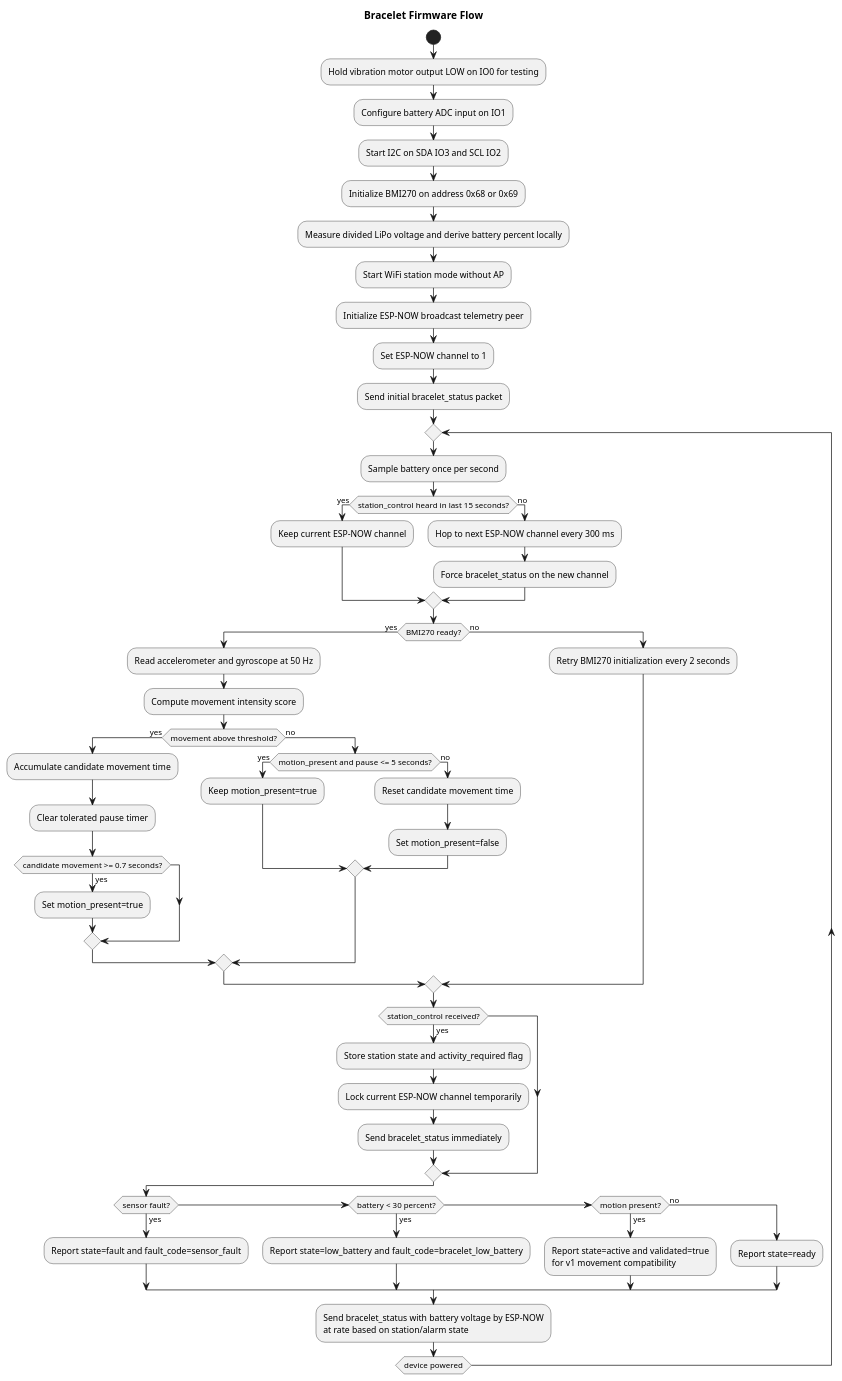
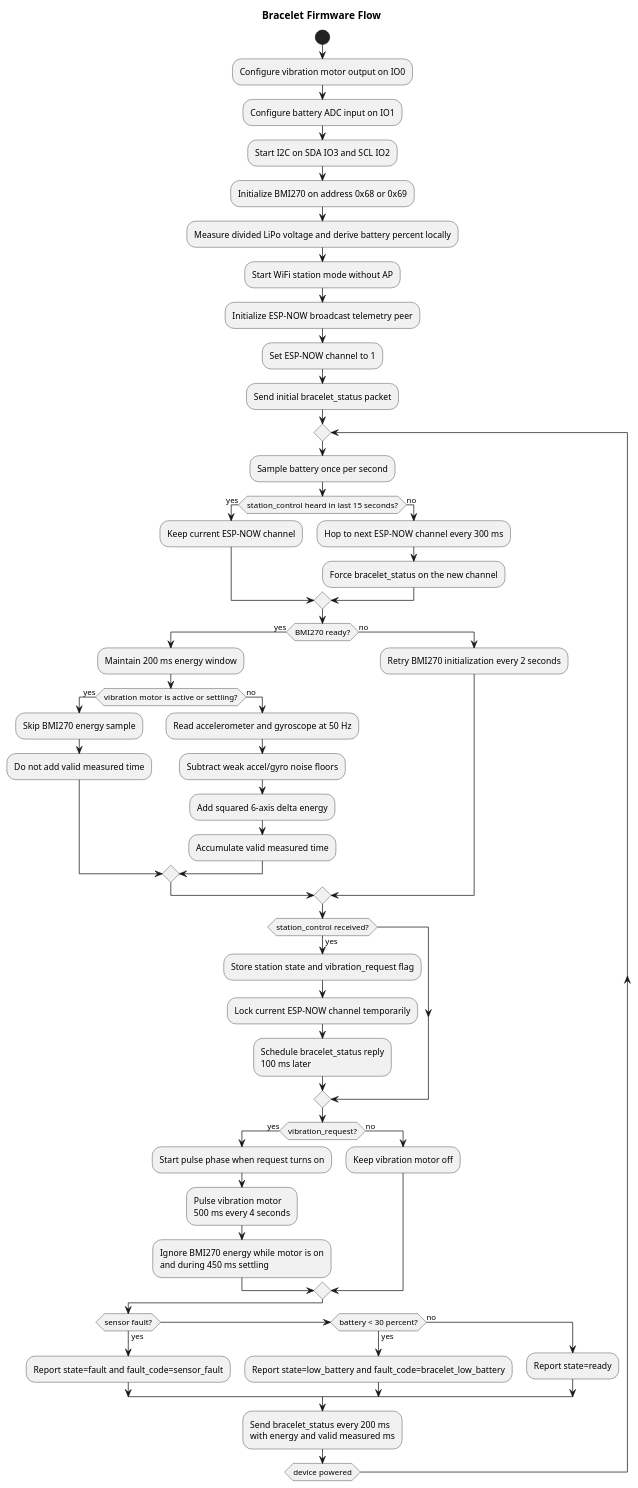
One commit to Jzn-wbr/Starter changed the diagram in code/bracelet/UML/bracelet_firmware_flow.puml. Above: the diagram before and after it, drawn with PlantUML. The commit also changed 23 other files, not shown here.

Commit message:
Improve alarm resilience and activity controls

```diff
--- a/code/bracelet/UML/bracelet_firmware_flow.puml
+++ b/code/bracelet/UML/bracelet_firmware_flow.puml
@@ -1,63 +1,63 @@
 @startuml
 title Bracelet Firmware Flow
 
 start
-:Hold vibration motor output LOW on IO0 for testing;
+:Configure vibration motor output on IO0;
 :Configure battery ADC input on IO1;
 :Start I2C on SDA IO3 and SCL IO2;
 :Initialize BMI270 on address 0x68 or 0x69;
 :Measure divided LiPo voltage and derive battery percent locally;
 :Start WiFi station mode without AP;
 :Initialize ESP-NOW broadcast telemetry peer;
 :Set ESP-NOW channel to 1;
 :Send initial bracelet_status packet;
 
 repeat
   :Sample battery once per second;
   if (station_control heard in last 15 seconds?) then (yes)
     :Keep current ESP-NOW channel;
   else (no)
     :Hop to next ESP-NOW channel every 300 ms;
     :Force bracelet_status on the new channel;
   endif
   if (BMI270 ready?) then (yes)
-    :Read accelerometer and gyroscope at 50 Hz;
-    :Compute movement intensity score;
-    if (movement above threshold?) then (yes)
-      :Accumulate candidate movement time;
-      :Clear tolerated pause timer;
-      if (candidate movement >= 0.7 seconds?) then (yes)
-        :Set motion_present=true;
-      endif
+    :Maintain 200 ms energy window;
+    if (vibration motor is active or settling?) then (yes)
+      :Skip BMI270 energy sample;
+      :Do not add valid measured time;
     else (no)
-      if (motion_present and pause <= 5 seconds?) then (yes)
-        :Keep motion_present=true;
-      else (no)
-        :Reset candidate movement time;
-        :Set motion_present=false;
-      endif
+      :Read accelerometer and gyroscope at 50 Hz;
+      :Subtract weak accel/gyro noise floors;
+      :Add squared 6-axis delta energy;
+      :Accumulate valid measured time;
     endif
   else (no)
     :Retry BMI270 initialization every 2 seconds;
   endif
 
   if (station_control received?) then (yes)
-    :Store station state and activity_required flag;
+    :Store station state and vibration_request flag;
     :Lock current ESP-NOW channel temporarily;
-    :Send bracelet_status immediately;
+    :Schedule bracelet_status reply\n100 ms later;
+  endif
+
+  if (vibration_request?) then (yes)
+    :Start pulse phase when request turns on;
+    :Pulse vibration motor\n500 ms every 4 seconds;
+    :Ignore BMI270 energy while motor is on\nand during 450 ms settling;
+  else (no)
+    :Keep vibration motor off;
   endif
 
   if (sensor fault?) then (yes)
     :Report state=fault and fault_code=sensor_fault;
   elseif (battery < 30 percent?) then (yes)
     :Report state=low_battery and fault_code=bracelet_low_battery;
-  elseif (motion present?) then (yes)
-    :Report state=active and validated=true\nfor v1 movement compatibility;
   else (no)
     :Report state=ready;
   endif
 
-  :Send bracelet_status with battery voltage by ESP-NOW\nat rate based on station/alarm state;
+  :Send bracelet_status every 200 ms\nwith energy and valid measured ms;
 repeat while (device powered)
 
 @enduml
```
